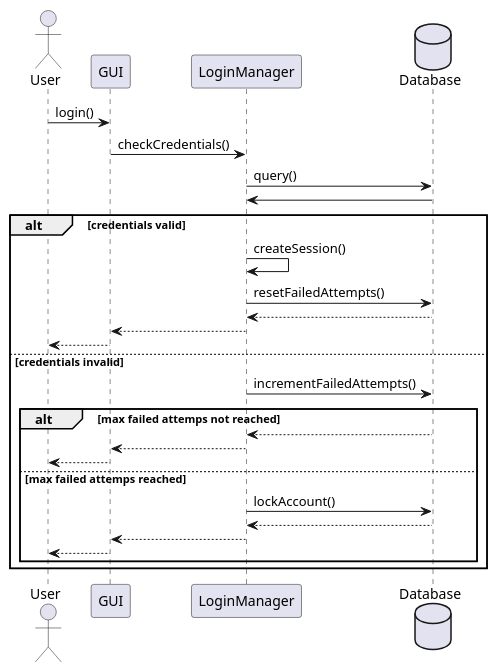
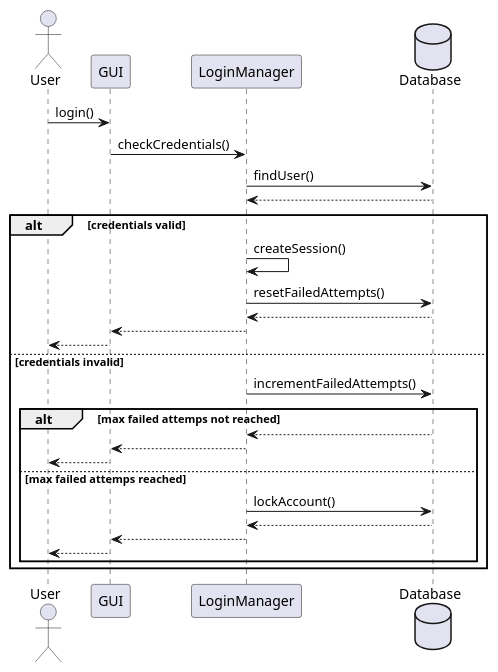
Before and after one commit to filip-stepien/software-engineering-lab: the diagram in src/sequence_diagrams/filip/login.puml, drawn with PlantUML. The commit also changed 4 other files, not shown here.

Commit message:
finish seq diagrams

```diff
--- a/src/sequence_diagrams/filip/login.puml
+++ b/src/sequence_diagrams/filip/login.puml
@@ -1,31 +1,31 @@
 @startuml login
 actor User
 participant GUI
 participant LoginManager
 database Database
 
 User -> GUI: login()
 GUI -> LoginManager: checkCredentials()
-LoginManager -> Database: query()
-Database -> LoginManager
+LoginManager -> Database: findUser()
+Database --> LoginManager
 
 alt credentials valid
     LoginManager -> LoginManager: createSession()
     LoginManager -> Database: resetFailedAttempts()
     Database --> LoginManager
     LoginManager --> GUI
     GUI --> User
 else credentials invalid
     LoginManager -> Database: incrementFailedAttempts()
     alt max failed attemps not reached
         Database --> LoginManager
         LoginManager --> GUI
         GUI --> User
     else max failed attemps reached
         LoginManager -> Database: lockAccount()
         Database --> LoginManager
         LoginManager --> GUI
         GUI --> User
     end
 end
 @enduml
```
